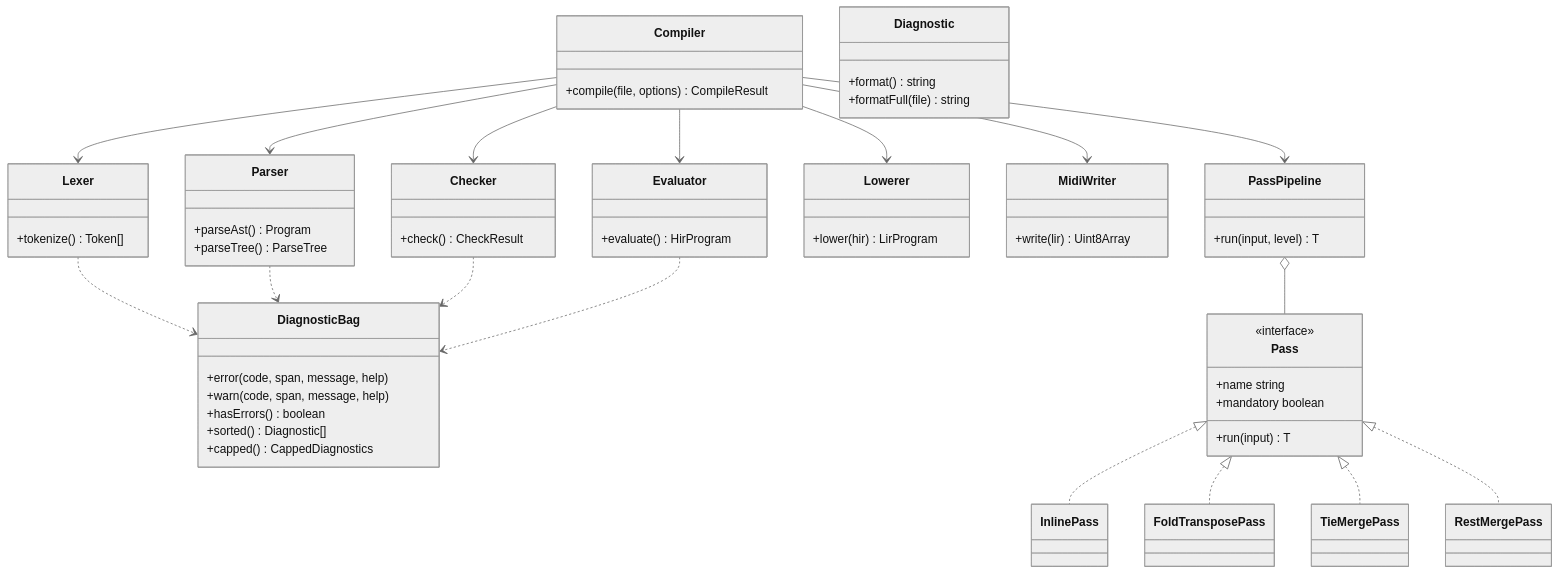
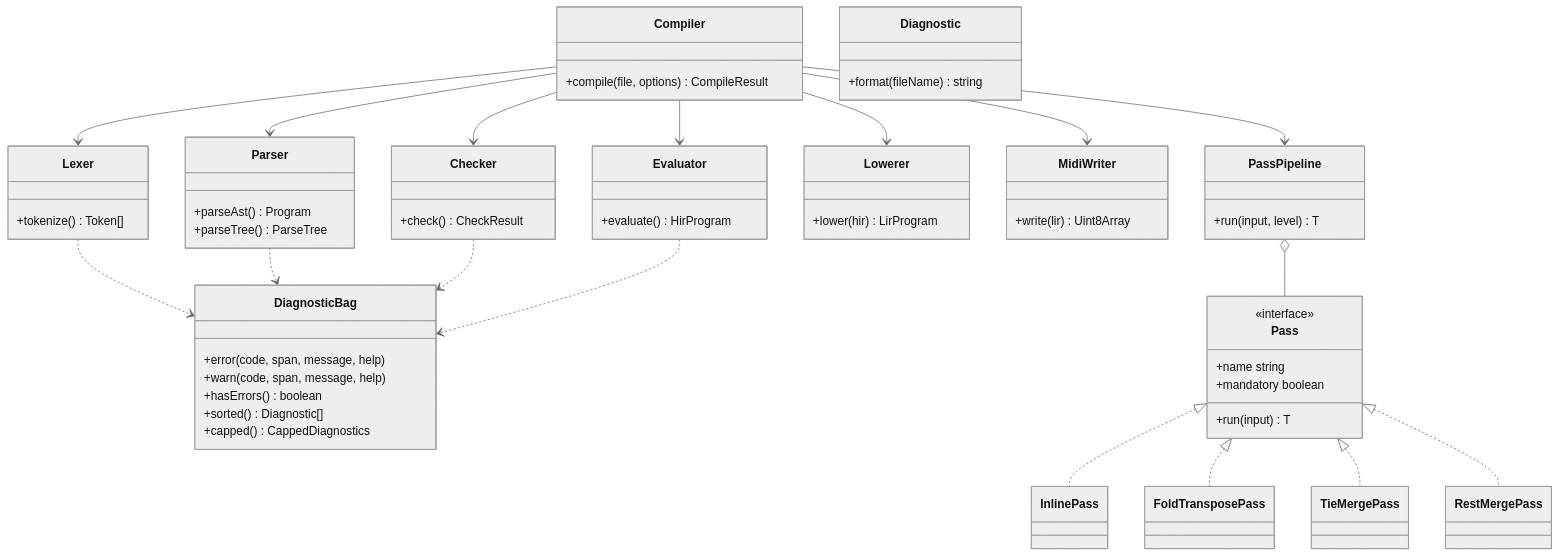
One commit to rhseung/clef changed the first of 2 diagrams in docs/PLAN.md. Above: the diagram before and after it, drawn with Mermaid (neutral theme). The commit also changed other lines of this file and 1 other file, not shown here.

````diff
--- a/docs/PLAN.md
+++ b/docs/PLAN.md
@@ -287,66 +292,65 @@
 ```mermaid
 classDiagram
   class Compiler {
     +compile(file, options) CompileResult
   }
   class DiagnosticBag {
     +error(code, span, message, help)
     +warn(code, span, message, help)
     +hasErrors() boolean
     +sorted() Diagnostic[]
     +capped() CappedDiagnostics
   }
   class Diagnostic {
-    +format() string
-    +formatFull(file) string
+    +format(fileName) string
   }
   class Lexer {
     +tokenize() Token[]
   }
   class Parser {
     +parseAst() Program
     +parseTree() ParseTree
   }
   class Checker {
     +check() CheckResult
   }
   class Evaluator {
     +evaluate() HirProgram
   }
   class Lowerer {
     +lower(hir) LirProgram
   }
   class MidiWriter {
     +write(lir) Uint8Array
   }
   class Pass {
     <<interface>>
     +name string
     +mandatory boolean
     +run(input) T
   }
   class PassPipeline {
     +run(input, level) T
   }
   class InlinePass
   class FoldTransposePass
   class TieMergePass
   class RestMergePass
 
   Compiler --> Lexer
   Compiler --> Parser
   Compiler --> Checker
   Compiler --> PassPipeline
   Compiler --> Evaluator
   Compiler --> Lowerer
   Compiler --> MidiWriter
   Lexer ..> DiagnosticBag
   Parser ..> DiagnosticBag
   Checker ..> DiagnosticBag
   Evaluator ..> DiagnosticBag
   PassPipeline o-- Pass
   Pass <|.. InlinePass
   Pass <|.. FoldTransposePass
   Pass <|.. TieMergePass
   Pass <|.. RestMergePass
 ```
````
